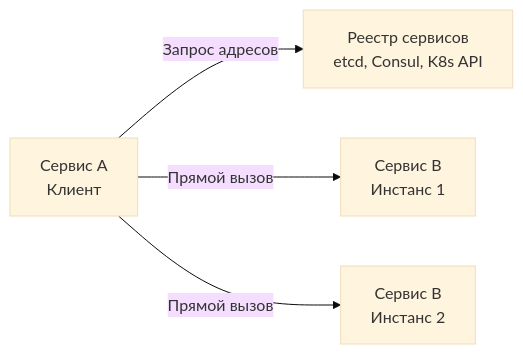
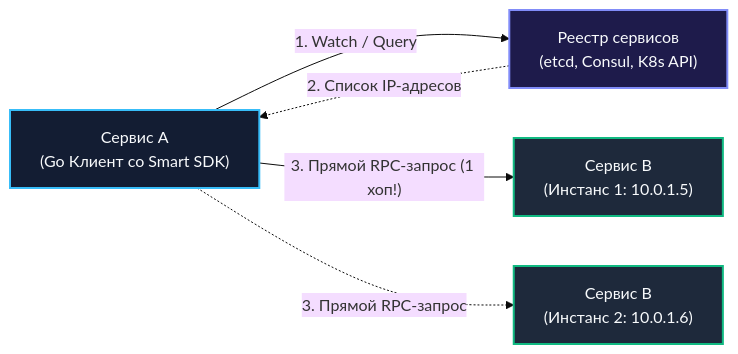
One commit to UnrealTemplier/go-textbook changed the first of 2 diagrams in sources/11. Архитектура и System Design/34. Service Discovery. Client side и Server side.md. Above: the diagram before and after it, drawn with Mermaid (base theme). The commit also changed other lines of this file, not shown here.

````diff
--- a/sources/11. Архитектура и System Design/34. Service Discovery. Client side и Server side.md
+++ b/sources/11. Архитектура и System Design/34. Service Discovery. Client side и Server side.md
@@ -20,11 +36,19 @@
 ```mermaid
 flowchart LR
-    Client["Сервис A<br>Клиент"]
-    Registry["Реестр сервисов<br>etcd, Consul, K8s API"]
-    Backend1["Сервис B<br>Инстанс 1"]
-    Backend2["Сервис B<br>Инстанс 2"]
+    Client["Сервис A<br>(Go Клиент со Smart SDK)"]
+    Registry["Реестр сервисов<br>(etcd, Consul, K8s API)"]
+    Backend1["Сервис B<br>(Инстанс 1: 10.0.1.5)"]
+    Backend2["Сервис B<br>(Инстанс 2: 10.0.1.6)"]
 
-    Client -->|"Запрос адресов"| Registry
-    Client -->|"Прямой вызов"| Backend1
-    Client -->|"Прямой вызов"| Backend2
+    Client -->|"1. Watch / Query"| Registry
+    Registry -.->|"2. Список IP-адресов"| Client
+    Client -->|"3. Прямой RPC-запрос (1 хоп!)"| Backend1
+    Client -.->|"3. Прямой RPC-запрос"| Backend2
+
+    classDef client fill:#131d33,stroke:#38bdf8,stroke-width:2px,color:#f8fafc;
+    classDef reg fill:#1e1b4b,stroke:#818cf8,stroke-width:2px,color:#f8fafc;
+    classDef bnd fill:#1e293b,stroke:#10b981,stroke-width:2px,color:#f8fafc;
+    class Client client;
+    class Registry reg;
+    class Backend1,Backend2 bnd;
 ```
````
